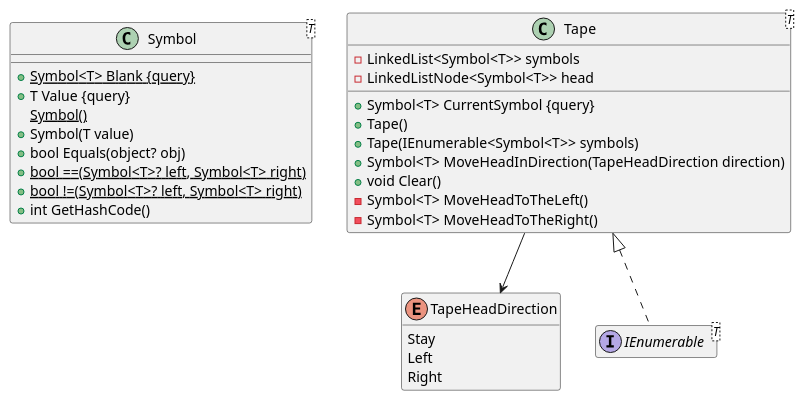
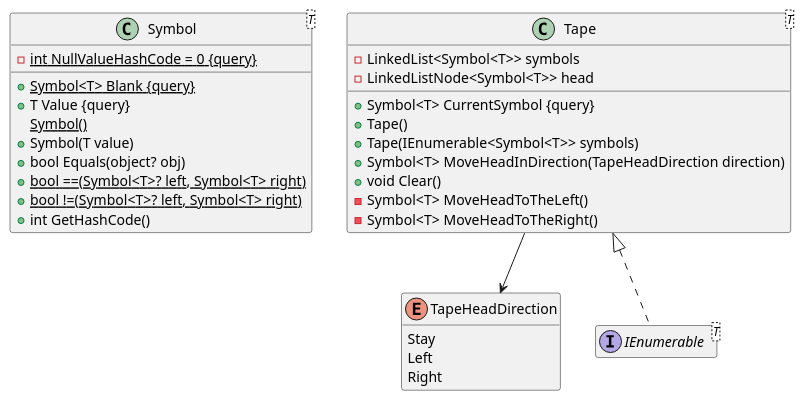
Before and after one commit to bokrosf/TuringMachine: the diagram in doc/diagrams/class/classes.plantuml, drawn with PlantUML.

Commit message:
NullValueHashCode constant added to Symbol<T> class at classes diagram.

```diff
--- a/doc/diagrams/class/classes.plantuml
+++ b/doc/diagrams/class/classes.plantuml
@@ -1,39 +1,40 @@
 @startuml classes
 
 hide interface empty members
 hide enum empty members
 
 class Symbol<T> {
+    -{static} int NullValueHashCode = 0 {query}
     +{method} {static} Symbol<T> Blank {query}
     +{method} T Value {query}
     {static} Symbol()
     +Symbol(T value)
     +bool Equals(object? obj)
     +{static} bool ==(Symbol<T>? left, Symbol<T> right)
     +{static} bool !=(Symbol<T>? left, Symbol<T> right)
     +int GetHashCode()
 }
 
 enum TapeHeadDirection {
     Stay
     Left
     Right
 }
 
 class "Tape<T>" as Tape_T {
     -LinkedList<Symbol<T>> symbols
     -LinkedListNode<Symbol<T>> head
     +{method} Symbol<T> CurrentSymbol {query}
     +Tape()
     +Tape(IEnumerable<Symbol<T>> symbols)
     +Symbol<T> MoveHeadInDirection(TapeHeadDirection direction)
     +void Clear()
     -Symbol<T> MoveHeadToTheLeft()
     -Symbol<T> MoveHeadToTheRight()
 }
 
 interface "IEnumerable<T>" as IEnumerable_T
 Tape_T <|.. IEnumerable_T
 Tape_T --> TapeHeadDirection
 
 @enduml
```
